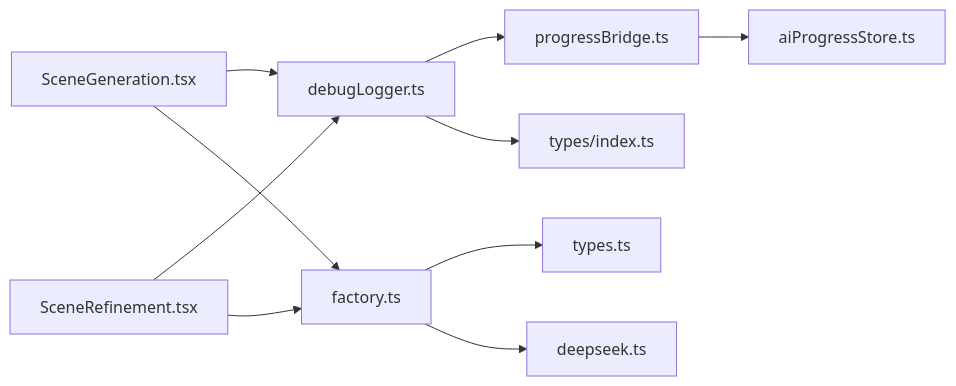
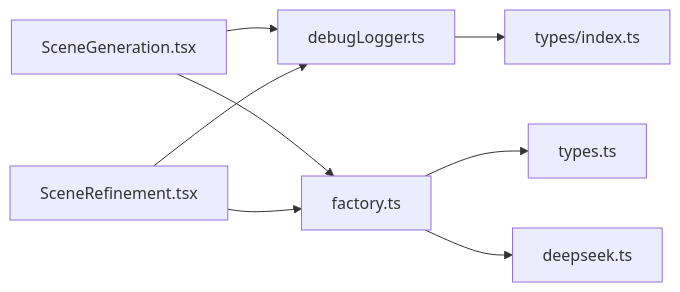
One commit to leonaiuv/aixsss changed the sixth of 7 diagrams in .qoder/repowiki/zh/content/技术架构/AI调试日志器.md. Above: the diagram before and after it, drawn with Mermaid. The commit also changed other lines of this file and 24 other files, not shown here.

````diff
--- a/.qoder/repowiki/zh/content/技术架构/AI调试日志器.md
+++ b/.qoder/repowiki/zh/content/技术架构/AI调试日志器.md
@@ -478,12 +325,10 @@
 ```mermaid
 graph LR
 SG["SceneGeneration.tsx"] --> DL["debugLogger.ts"]
 SR["SceneRefinement.tsx"] --> DL
-DL --> PB["progressBridge.ts"]
-PB --> APS["aiProgressStore.ts"]
 SG --> F["factory.ts"]
 SR --> F
 F --> T["types.ts"]
 F --> P["deepseek.ts"]
 DL --> IT["types/index.ts"]
 ```
````
